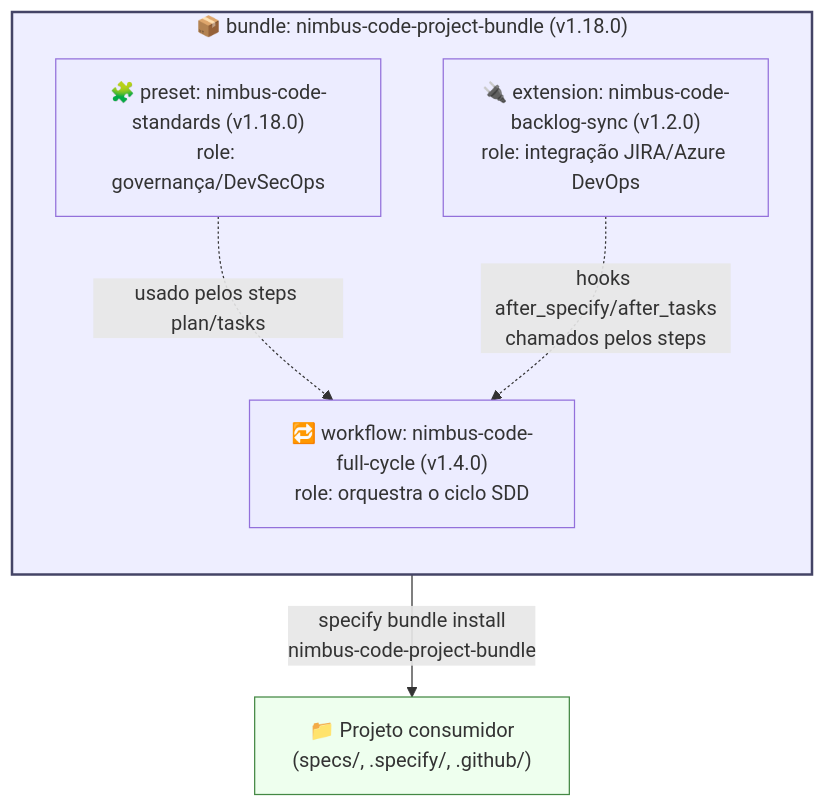
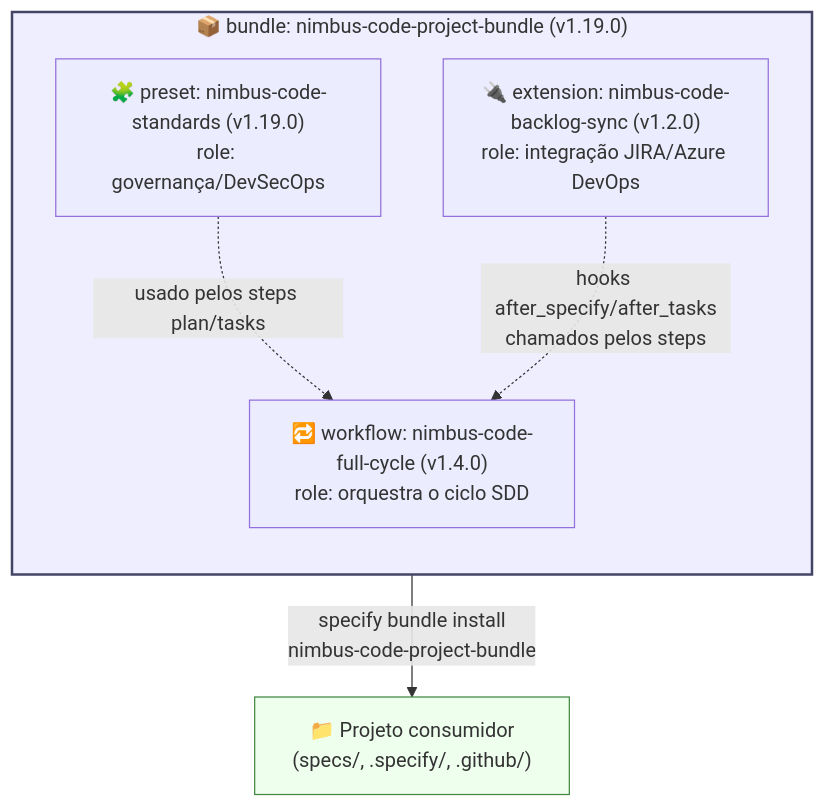
The second of 2 diagrams in README.md (lrodriguesvpn/nimbus-code), drawn with Mermaid before and after one commit. The commit also changed 2 other files, not shown here.

Commit message:
docs: align release candidate docs with v1.19

````diff
--- a/README.md
+++ b/README.md
@@ -163,17 +163,17 @@
 ```mermaid
 flowchart TB
-    subgraph BUNDLE["📦 bundle: nimbus-code-project-bundle (v1.18.0)"]
+    subgraph BUNDLE["📦 bundle: nimbus-code-project-bundle (v1.19.0)"]
         direction TB
-        PRESET["🧩 preset: nimbus-code-standards (v1.18.0)\nrole: governança/DevSecOps"]
+        PRESET["🧩 preset: nimbus-code-standards (v1.19.0)\nrole: governança/DevSecOps"]
         EXT["🔌 extension: nimbus-code-backlog-sync (v1.2.0)\nrole: integração JIRA/Azure DevOps"]
         WF["🔁 workflow: nimbus-code-full-cycle (v1.4.0)\nrole: orquestra o ciclo SDD"]
     end
 
     BUNDLE -->|"specify bundle install\nnimbus-code-project-bundle"| PROJ["📁 Projeto consumidor\n(specs/, .specify/, .github/)"]
 
     PRESET -. "usado pelos steps plan/tasks" .-> WF
     EXT -. "hooks after_specify/after_tasks\nchamados pelos steps" .-> WF
 
     style BUNDLE fill:#eef,stroke:#446,stroke-width:2px
     style PROJ fill:#efe,stroke:#484
 ```
````
